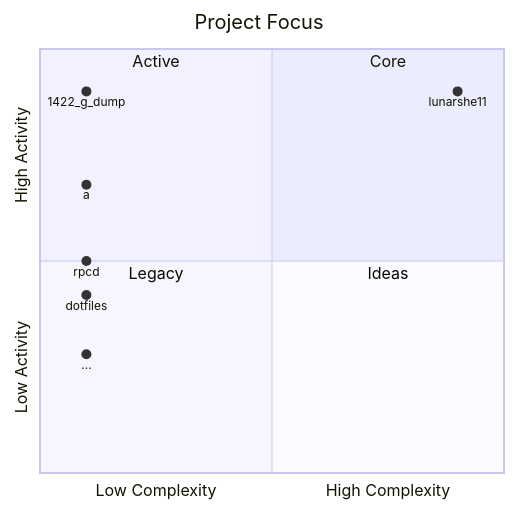
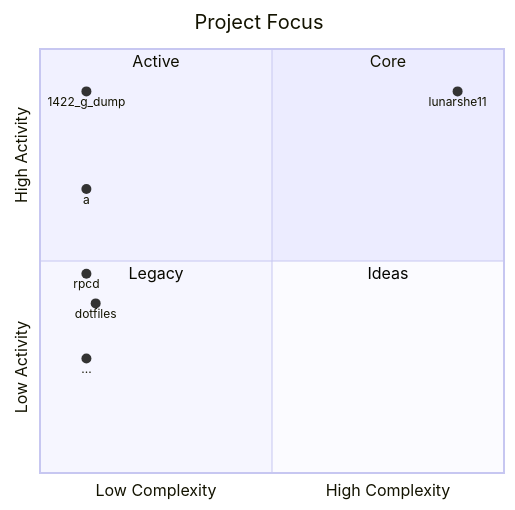
One commit to lunarshe11/lunarshe11 changed the first of 3 diagrams in README.md. Above: the diagram before and after it, drawn with Mermaid. The commit also changed other lines of this file, not shown here.

Commit message:
auto: update log activity 2026-11-09 20:58:38

````diff
--- a/README.md
+++ b/README.md
@@ -13,16 +13,16 @@
 ```mermaid
 quadrantChart
     title Project Focus
     x-axis Low Complexity --> High Complexity
     y-axis Low Activity --> High Activity
     quadrant-1 Core
     quadrant-2 Active
     quadrant-3 Legacy
     quadrant-4 Ideas
     lunarshe11: [0.9, 0.9]
     1422_g_dump: [0.1, 0.9]
-    a: [0.1, 0.68]
-    rpcd: [0.1, 0.5]
-    dotfiles: [0.1, 0.42]
-    ...: [0.1, 0.28]
+    a: [0.1, 0.67]
+    rpcd: [0.1, 0.47]
+    dotfiles: [0.12, 0.4]
+    ...: [0.1, 0.27]
 ```
````
